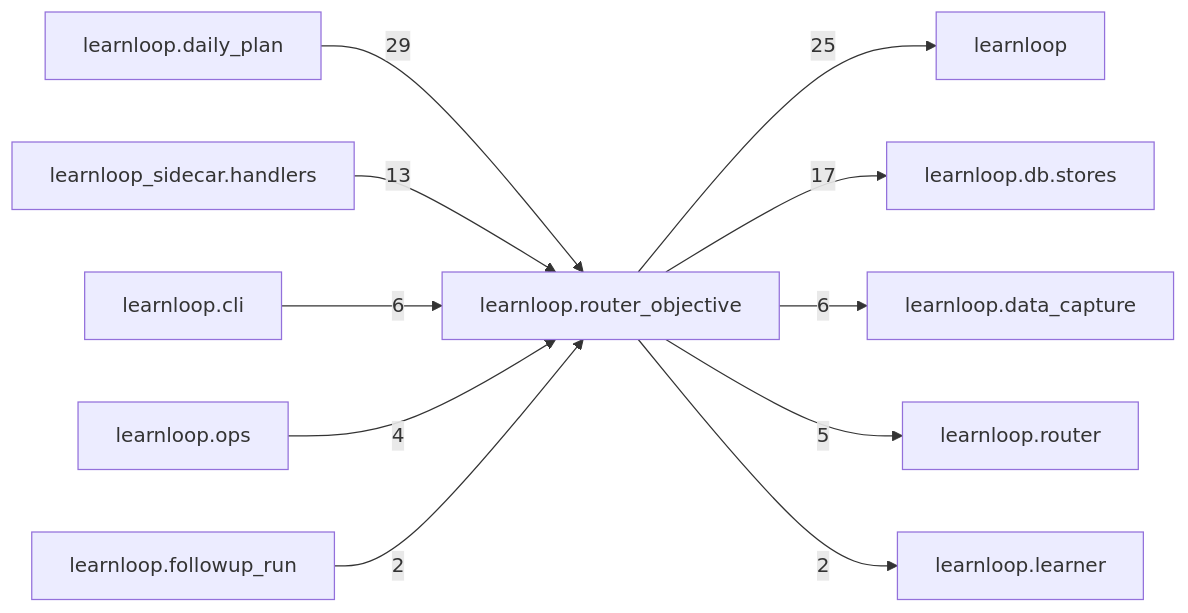
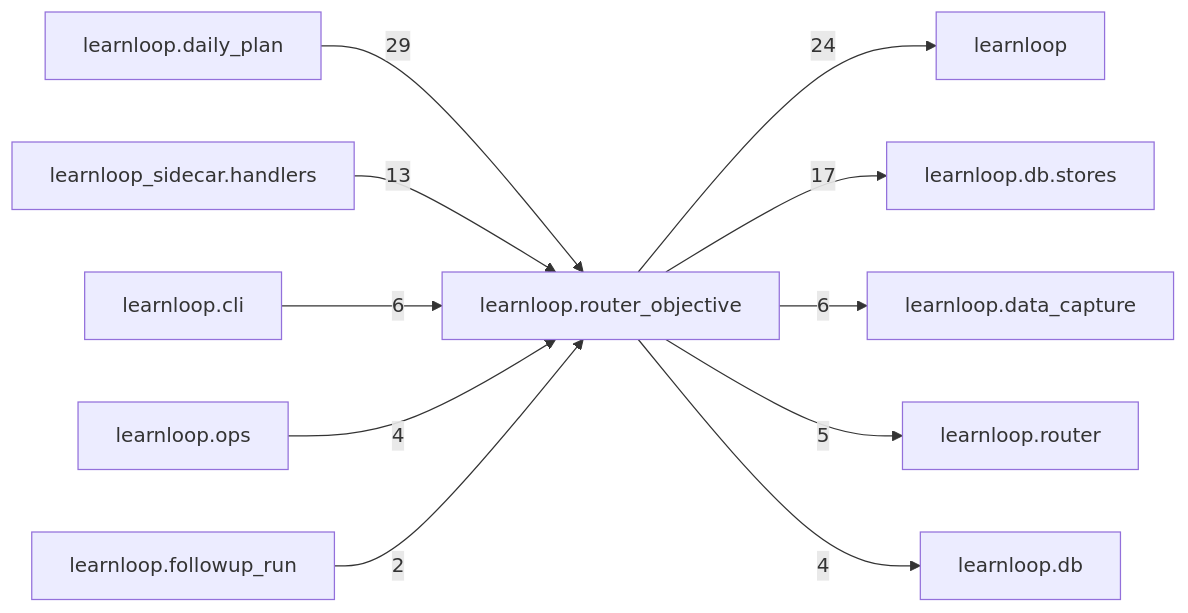
The diagram in docs/learnloop-architecture-vault/Reference/Modules/learnloop/router_objective/_package.md (6up-b/learnanything), drawn with Mermaid before and after one commit. The commit also changed other lines of this file and 258 other files, not shown here.

````diff
--- a/docs/learnloop-architecture-vault/Reference/Modules/learnloop/router_objective/_package.md
+++ b/docs/learnloop-architecture-vault/Reference/Modules/learnloop/router_objective/_package.md
@@ -150,24 +151,24 @@
 ```mermaid
 flowchart LR
     center["learnloop.router_objective"]
     n_learnloop_daily_plan["learnloop.daily_plan"]
     n_learnloop["learnloop"]
     n_learnloop_db_stores["learnloop.db.stores"]
     n_learnloop_sidecar_handlers["learnloop_sidecar.handlers"]
     n_learnloop_cli["learnloop.cli"]
     n_learnloop_data_capture["learnloop.data_capture"]
     n_learnloop_router["learnloop.router"]
+    n_learnloop_db["learnloop.db"]
     n_learnloop_ops["learnloop.ops"]
     n_learnloop_followup_run["learnloop.followup_run"]
-    n_learnloop_learner["learnloop.learner"]
     n_learnloop_daily_plan -->|29| center
-    center -->|25| n_learnloop
+    center -->|24| n_learnloop
     center -->|17| n_learnloop_db_stores
     n_learnloop_sidecar_handlers -->|13| center
     n_learnloop_cli -->|6| center
     center -->|6| n_learnloop_data_capture
     center -->|5| n_learnloop_router
+    center -->|4| n_learnloop_db
     n_learnloop_ops -->|4| center
     n_learnloop_followup_run -->|2| center
-    center -->|2| n_learnloop_learner
 ```
````
